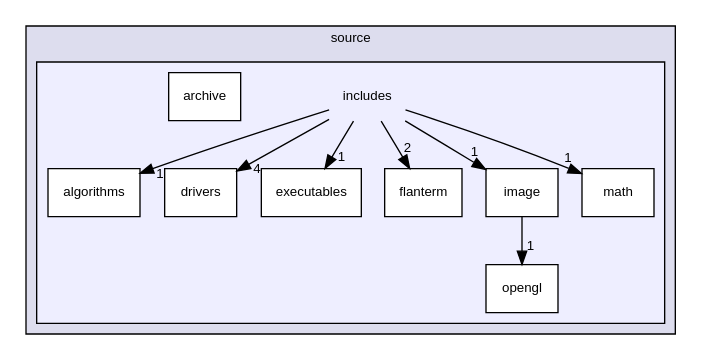
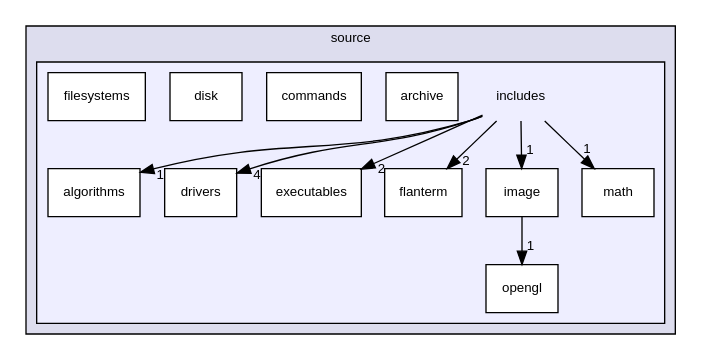
One commit to Frost-Wing/doxygen-docs changed the diagram in dir_c9f89f587e7e777be723ee48a3df5844_dep.dot. Above: the diagram before and after it, drawn with Graphviz. The commit also changed 465 other files, not shown here.

```diff
--- a/dir_c9f89f587e7e777be723ee48a3df5844_dep.dot
+++ b/dir_c9f89f587e7e777be723ee48a3df5844_dep.dot
@@ -1,27 +1,30 @@
 digraph "source/includes" {
   compound=true
   node [ fontsize="10", fontname="Helvetica"];
   edge [ labelfontsize="10", labelfontname="Helvetica"];
   subgraph clusterdir_b2f33c71d4aa5e7af42a1ca61ff5af1b {
     graph [ bgcolor="#ddddee", pencolor="black", label="source" fontname="Helvetica", fontsize="10", URL="dir_b2f33c71d4aa5e7af42a1ca61ff5af1b.html"]
   subgraph clusterdir_c9f89f587e7e777be723ee48a3df5844 {
     graph [ bgcolor="#eeeeff", pencolor="black", label="" URL="dir_c9f89f587e7e777be723ee48a3df5844.html"];
     dir_c9f89f587e7e777be723ee48a3df5844 [shape=plaintext label="includes"];
   dir_f4ea19dae3145d7ac35840ce25c9cbc9 [shape=box label="algorithms" fillcolor="white" style="filled" URL="dir_f4ea19dae3145d7ac35840ce25c9cbc9.html"];
   dir_3738d3efc53ce83ca1d8380c3fd0e838 [shape=box label="archive" fillcolor="white" style="filled" URL="dir_3738d3efc53ce83ca1d8380c3fd0e838.html"];
+  dir_36e420847b92ecd77370211a55426d1c [shape=box label="commands" fillcolor="white" style="filled" URL="dir_36e420847b92ecd77370211a55426d1c.html"];
+  dir_fe5ca9be197242c696984b663d1e3e1f [shape=box label="disk" fillcolor="white" style="filled" URL="dir_fe5ca9be197242c696984b663d1e3e1f.html"];
   dir_e8258040928548e6d9572742cb28f0cc [shape=box label="drivers" fillcolor="white" style="filled" URL="dir_e8258040928548e6d9572742cb28f0cc.html"];
   dir_d6da94c49a07bf9f6f7bd1568474c670 [shape=box label="executables" fillcolor="white" style="filled" URL="dir_d6da94c49a07bf9f6f7bd1568474c670.html"];
+  dir_3852ad177b5f254bda380b9f1db91cef [shape=box label="filesystems" fillcolor="white" style="filled" URL="dir_3852ad177b5f254bda380b9f1db91cef.html"];
   dir_14b811a959f2d72bb09a7e4051d1e5e1 [shape=box label="flanterm" fillcolor="white" style="filled" URL="dir_14b811a959f2d72bb09a7e4051d1e5e1.html"];
   dir_3dc92bb966dd116198e6cb79d0228109 [shape=box label="image" fillcolor="white" style="filled" URL="dir_3dc92bb966dd116198e6cb79d0228109.html"];
   dir_854e1a20a5c6356ccbf09e31b24de07d [shape=box label="math" fillcolor="white" style="filled" URL="dir_854e1a20a5c6356ccbf09e31b24de07d.html"];
   dir_ce01ad49ddb7ffec30b04cf8469eb21a [shape=box label="opengl" fillcolor="white" style="filled" URL="dir_ce01ad49ddb7ffec30b04cf8469eb21a.html"];
   }
   }
-  dir_c9f89f587e7e777be723ee48a3df5844->dir_14b811a959f2d72bb09a7e4051d1e5e1 [headlabel="2", labeldistance=1.5 headhref="dir_000001_000006.html"];
-  dir_c9f89f587e7e777be723ee48a3df5844->dir_3dc92bb966dd116198e6cb79d0228109 [headlabel="1", labeldistance=1.5 headhref="dir_000001_000007.html"];
-  dir_c9f89f587e7e777be723ee48a3df5844->dir_854e1a20a5c6356ccbf09e31b24de07d [headlabel="1", labeldistance=1.5 headhref="dir_000001_000008.html"];
-  dir_c9f89f587e7e777be723ee48a3df5844->dir_d6da94c49a07bf9f6f7bd1568474c670 [headlabel="1", labeldistance=1.5 headhref="dir_000001_000005.html"];
-  dir_c9f89f587e7e777be723ee48a3df5844->dir_e8258040928548e6d9572742cb28f0cc [headlabel="4", labeldistance=1.5 headhref="dir_000001_000004.html"];
+  dir_c9f89f587e7e777be723ee48a3df5844->dir_14b811a959f2d72bb09a7e4051d1e5e1 [headlabel="2", labeldistance=1.5 headhref="dir_000001_000009.html"];
+  dir_c9f89f587e7e777be723ee48a3df5844->dir_3dc92bb966dd116198e6cb79d0228109 [headlabel="1", labeldistance=1.5 headhref="dir_000001_000010.html"];
+  dir_c9f89f587e7e777be723ee48a3df5844->dir_854e1a20a5c6356ccbf09e31b24de07d [headlabel="1", labeldistance=1.5 headhref="dir_000001_000011.html"];
+  dir_c9f89f587e7e777be723ee48a3df5844->dir_d6da94c49a07bf9f6f7bd1568474c670 [headlabel="2", labeldistance=1.5 headhref="dir_000001_000007.html"];
+  dir_c9f89f587e7e777be723ee48a3df5844->dir_e8258040928548e6d9572742cb28f0cc [headlabel="4", labeldistance=1.5 headhref="dir_000001_000006.html"];
   dir_c9f89f587e7e777be723ee48a3df5844->dir_f4ea19dae3145d7ac35840ce25c9cbc9 [headlabel="1", labeldistance=1.5 headhref="dir_000001_000002.html"];
-  dir_3dc92bb966dd116198e6cb79d0228109->dir_ce01ad49ddb7ffec30b04cf8469eb21a [headlabel="1", labeldistance=1.5 headhref="dir_000007_000009.html"];
+  dir_3dc92bb966dd116198e6cb79d0228109->dir_ce01ad49ddb7ffec30b04cf8469eb21a [headlabel="1", labeldistance=1.5 headhref="dir_000010_000012.html"];
 }
```
